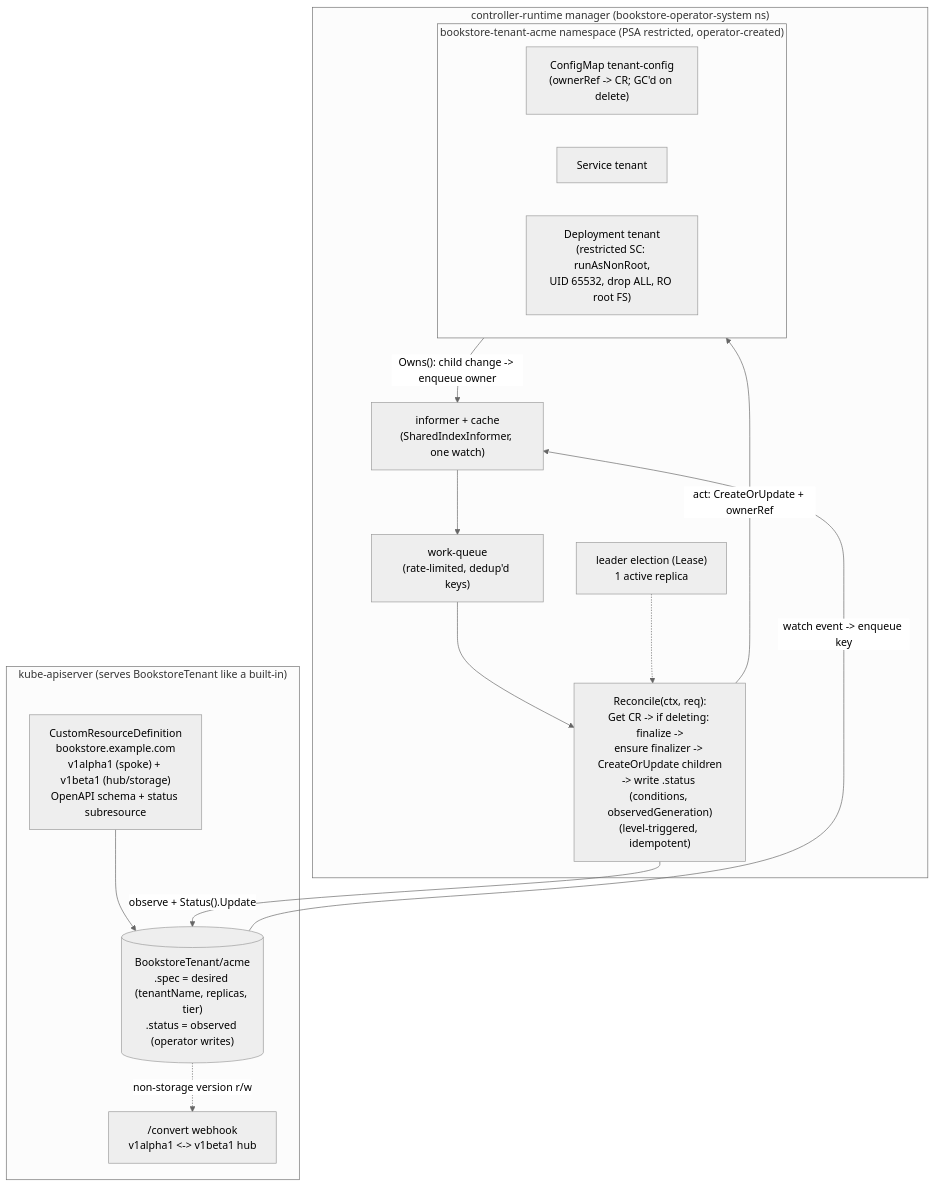
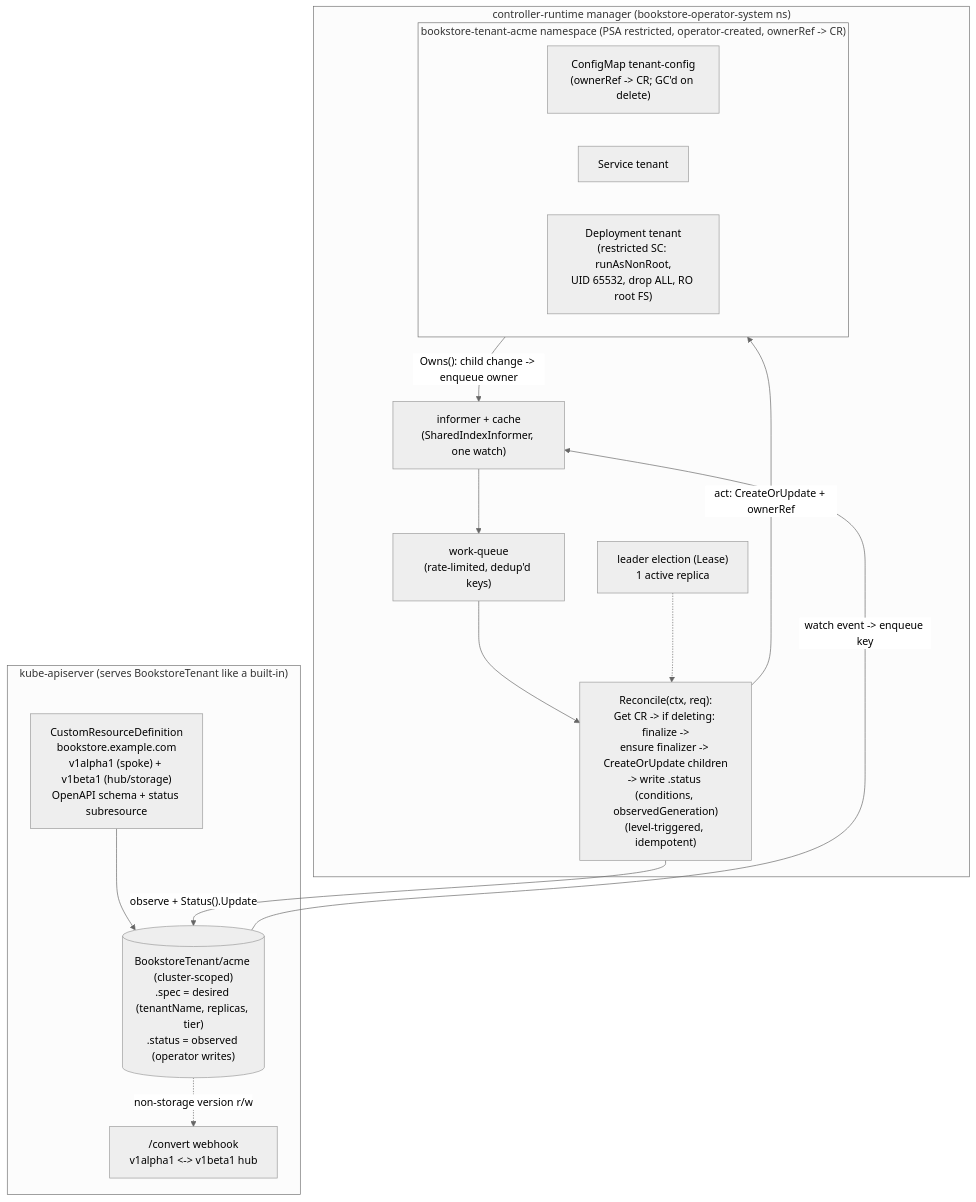
One commit to abd-ulbasit/bookstore-kubernetes-guide changed the diagram in full-guide/11-advanced-production-patterns/02-operator-development.md. Above: the diagram before and after it, drawn with Mermaid (neutral theme). The commit also changed other lines of this file and 9 other files, not shown here.

First line of the commit message:
Make BookstoreTenant cluster-scoped so it can own its tenant objects

````diff
--- a/full-guide/11-advanced-production-patterns/02-operator-development.md
+++ b/full-guide/11-advanced-production-patterns/02-operator-development.md
@@ -125,29 +130,29 @@
 ```mermaid
 flowchart TB
     subgraph api["kube-apiserver (serves BookstoreTenant like a built-in)"]
       crd["CustomResourceDefinition<br/>bookstore.example.com<br/>v1alpha1 (spoke) + v1beta1 (hub/storage)<br/>OpenAPI schema + status subresource"]
-      cr[("BookstoreTenant/acme<br/>.spec = desired (tenantName, replicas, tier)<br/>.status = observed (operator writes)")]
+      cr[("BookstoreTenant/acme (cluster-scoped)<br/>.spec = desired (tenantName, replicas, tier)<br/>.status = observed (operator writes)")]
       conv["/convert webhook<br/>v1alpha1 &lt;-&gt; v1beta1 hub"]
       crd --> cr
       cr -. non-storage version r/w .-> conv
     end
 
     subgraph mgr["controller-runtime manager (bookstore-operator-system ns)"]
       inf["informer + cache<br/>(SharedIndexInformer, one watch)"]
       wq["work-queue<br/>(rate-limited, dedup'd keys)"]
       rec["Reconcile(ctx, req):<br/>Get CR -> if deleting: finalize -><br/>ensure finalizer -> CreateOrUpdate children<br/>-> write .status (conditions, observedGeneration)<br/>(level-triggered, idempotent)"]
       le["leader election (Lease)<br/>1 active replica"]
       inf --> wq --> rec
       rec -->|"act: CreateOrUpdate + ownerRef"| world
       rec -->|"observe + Status().Update"| cr
       cr -->|"watch event -> enqueue key"| inf
       world -->|"Owns(): child change -> enqueue owner"| inf
       le -.-> rec
     end
 
-    subgraph world["bookstore-tenant-acme namespace (PSA restricted, operator-created)"]
+    subgraph world["bookstore-tenant-acme namespace (PSA restricted, operator-created, ownerRef -> CR)"]
       cm["ConfigMap tenant-config<br/>(ownerRef -> CR; GC'd on delete)"]
       svc["Service tenant"]
       dep["Deployment tenant<br/>(restricted SC: runAsNonRoot,<br/>UID 65532, drop ALL, RO root FS)"]
     end
 ```
````
